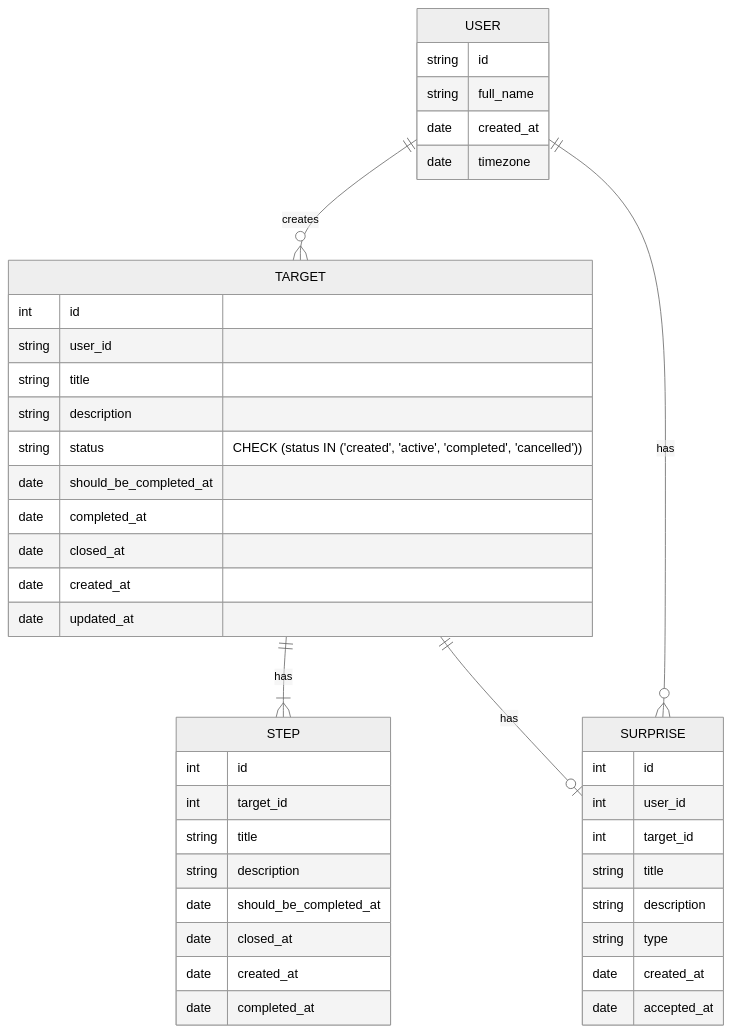
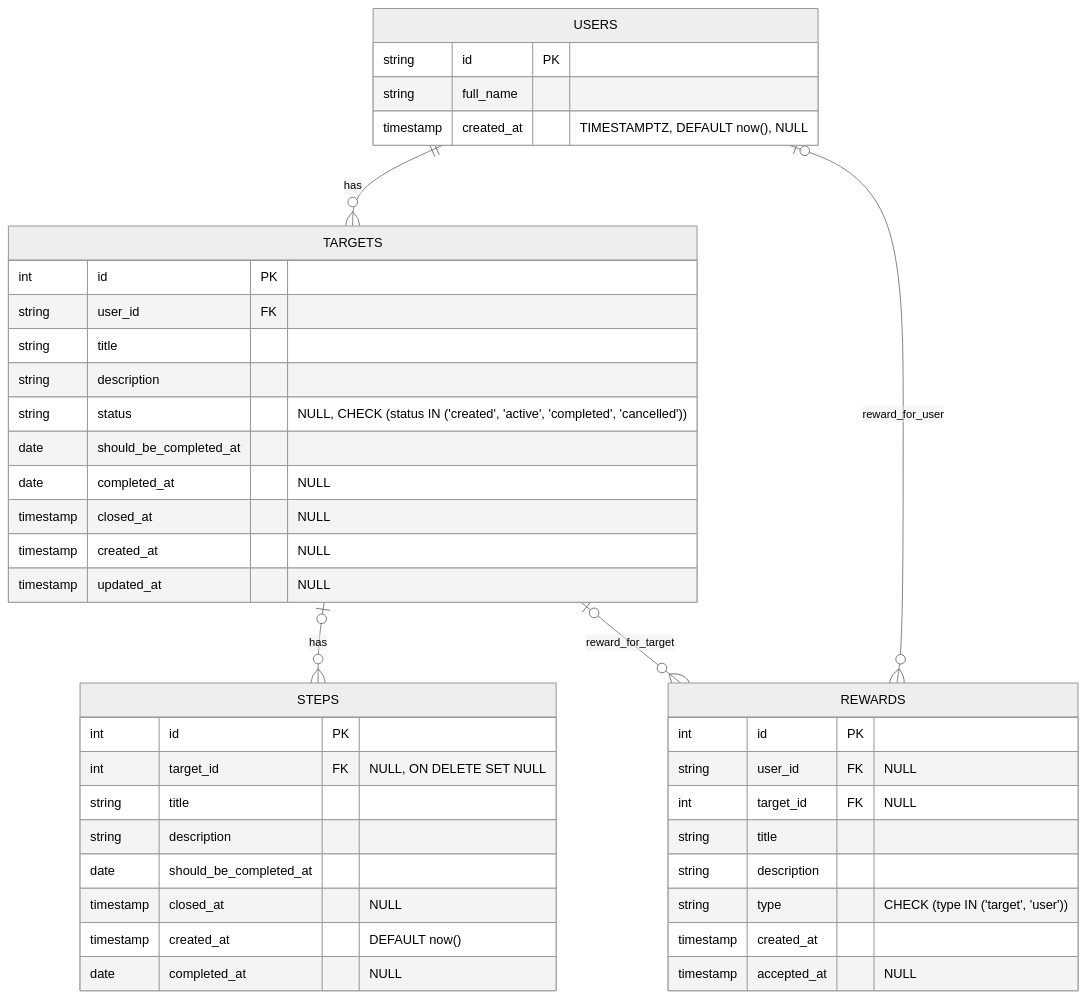
Before and after one commit to alexanderKaramushko/goals-service: the diagram in README.md, drawn with Mermaid (neutral theme). The commit also changed other lines of this file, not shown here.

````diff
--- a/README.md
+++ b/README.md
@@ -109,46 +114,45 @@
 ```mermaid
 erDiagram
-    USER {
-      string id
+    USERS {
+      string id PK
       string full_name
-      date created_at
-      date timezone
+      timestamp created_at "TIMESTAMPTZ, DEFAULT now(), NULL"
     }
-    TARGET {
-      int id
-      string user_id
+    TARGETS {
+      int id PK
+      string user_id FK
       string title
       string description
-      string status "CHECK (status IN ('created', 'active', 'completed', 'cancelled'))"
+      string status "NULL, CHECK (status IN ('created', 'active', 'completed', 'cancelled'))"
       date should_be_completed_at
-      date completed_at
-      date closed_at
-      date created_at
-      date updated_at
+      date completed_at "NULL"
+      timestamp closed_at "NULL"
+      timestamp created_at "NULL"
+      timestamp updated_at "NULL"
     }
-    STEP {
-      int id
-      int target_id
+    STEPS {
+      int id PK
+      int target_id FK "NULL, ON DELETE SET NULL"
       string title
       string description
       date should_be_completed_at
-      date closed_at
-      date created_at
-      date completed_at
+      timestamp closed_at "NULL"
+      timestamp created_at "DEFAULT now()"
+      date completed_at "NULL"
     }
-    SURPRISE {
-      int id
-      int user_id
-      int target_id
+    REWARDS {
+      int id PK
+      string user_id FK "NULL"
+      int target_id FK "NULL"
       string title
       string description
-      string type
-      date created_at
-      date accepted_at
+      string type "CHECK (type IN ('target', 'user'))"
+      timestamp created_at
+      timestamp accepted_at "NULL"
     }
 
-    USER ||--o{ TARGET : creates
-    TARGET ||--|{ STEP : has
-    TARGET ||--o| SURPRISE : has
-    USER ||--o{ SURPRISE : has
+    USERS ||--o{ TARGETS : has
+    TARGETS |o--o{ STEPS : has
+    TARGETS |o--o{ REWARDS : reward_for_target
+    USERS |o--o{ REWARDS : reward_for_user
 ```
````
